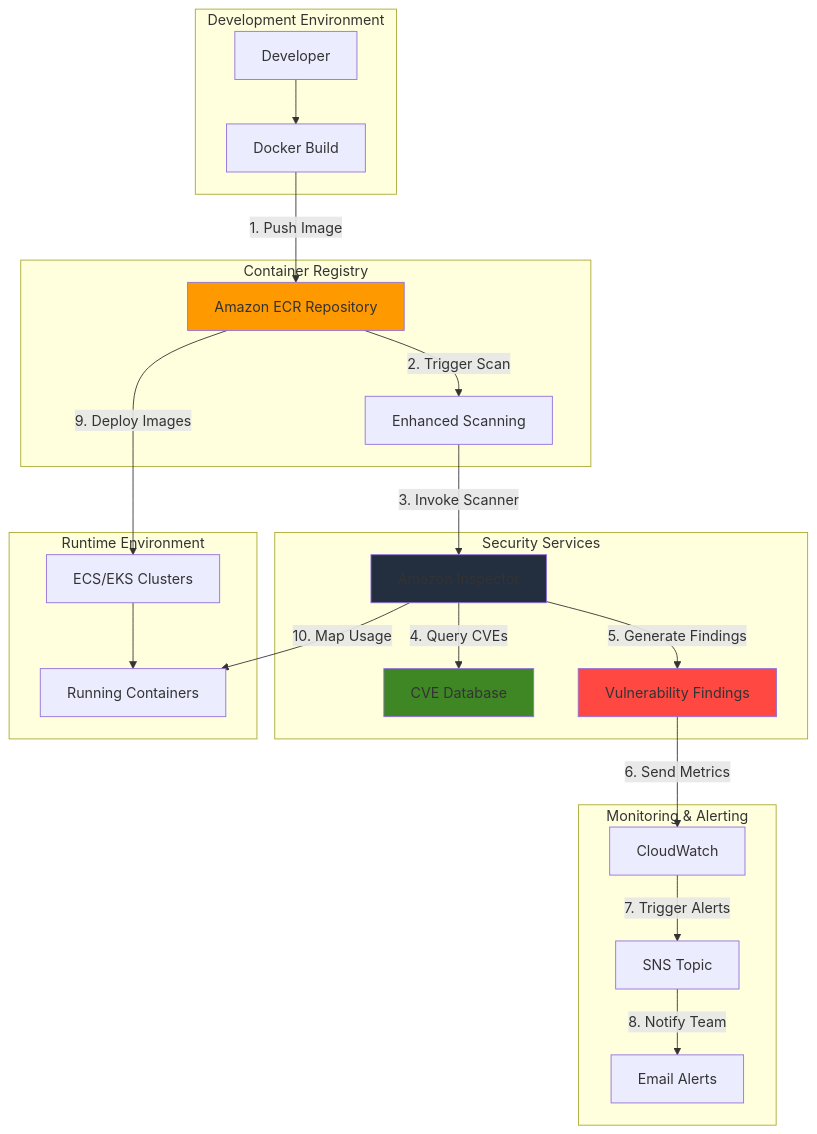
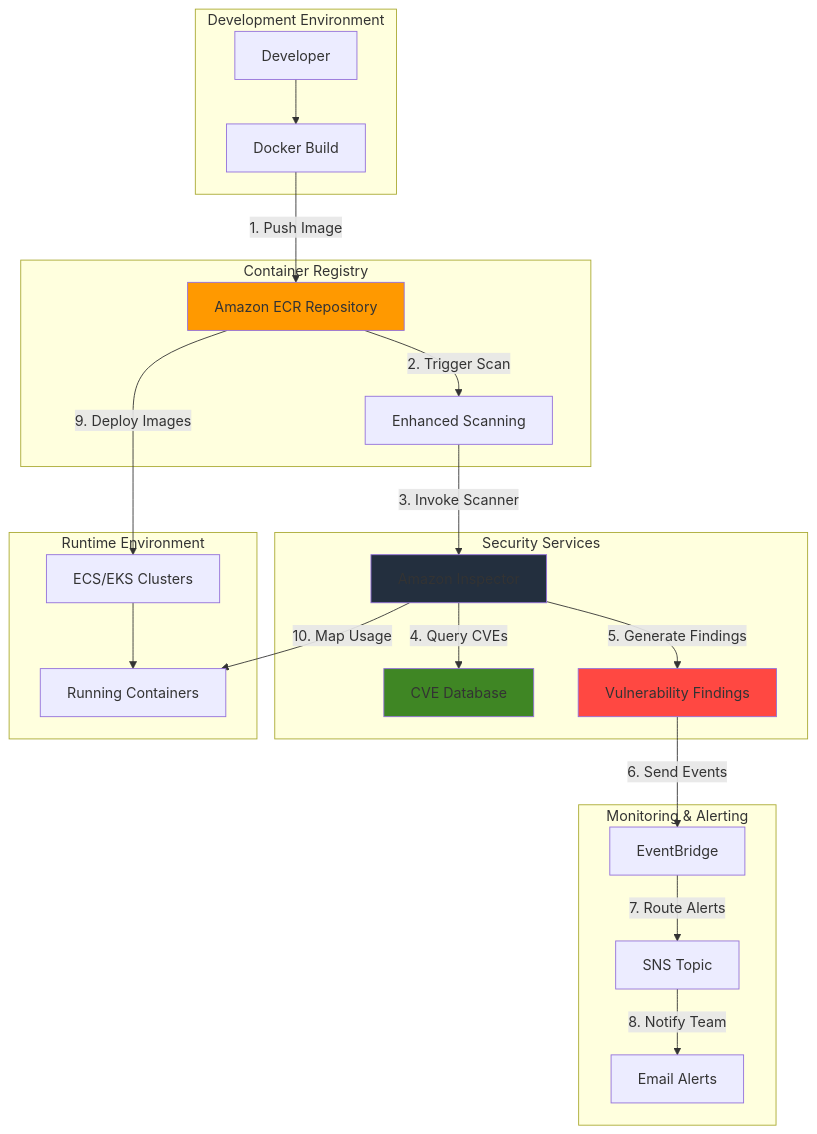
One commit to mzazon/awesome-cloud-projects changed the diagram in aws/container-vulnerability-scanning-ecr/container-vulnerability-scanning-ecr.md. Above: the diagram before and after it, drawn with Mermaid. The commit also changed other lines of this file and 5581 other files, not shown here.

````diff
--- a/aws/container-vulnerability-scanning-ecr/container-vulnerability-scanning-ecr.md
+++ b/aws/container-vulnerability-scanning-ecr/container-vulnerability-scanning-ecr.md
@@ -30,47 +30,47 @@
 ```mermaid
 graph TB
     subgraph "Development Environment"
         DEV[Developer]
         DOCKER[Docker Build]
     end
     
     subgraph "Container Registry"
         ECR[Amazon ECR Repository]
         SCAN[Enhanced Scanning]
     end
     
     subgraph "Security Services"
         INSPECTOR[Amazon Inspector]
         CVE[CVE Database]
         FINDINGS[Vulnerability Findings]
     end
     
     subgraph "Monitoring & Alerting"
-        CW[CloudWatch]
+        EB[EventBridge]
         SNS[SNS Topic]
         EMAIL[Email Alerts]
     end
     
     subgraph "Runtime Environment"
         ECS[ECS/EKS Clusters]
         CONTAINERS[Running Containers]
     end
     
     DEV-->DOCKER
     DOCKER-->|1. Push Image|ECR
     ECR-->|2. Trigger Scan|SCAN
     SCAN-->|3. Invoke Scanner|INSPECTOR
     INSPECTOR-->|4. Query CVEs|CVE
     INSPECTOR-->|5. Generate Findings|FINDINGS
-    FINDINGS-->|6. Send Metrics|CW
-    CW-->|7. Trigger Alerts|SNS
+    FINDINGS-->|6. Send Events|EB
+    EB-->|7. Route Alerts|SNS
     SNS-->|8. Notify Team|EMAIL
     ECR-->|9. Deploy Images|ECS
     ECS-->CONTAINERS
     INSPECTOR-->|10. Map Usage|CONTAINERS
     
     style ECR fill:#FF9900
     style INSPECTOR fill:#232F3E
     style FINDINGS fill:#FF4842
     style CVE fill:#3F8624
 ```
````
